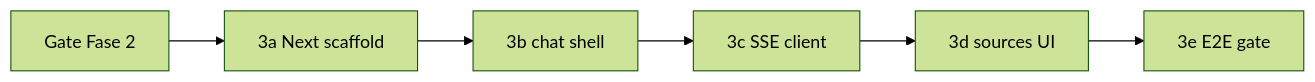
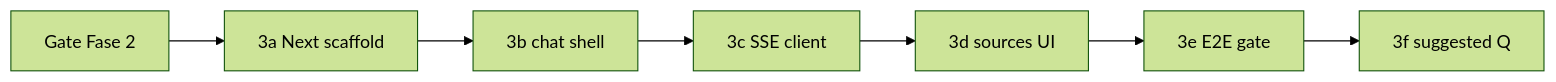
One commit to agus-chaud/RAG-libro-agentes changed the fourth of 4 diagrams in .cursor/plans/rag-libro_roadmap_54a386f9.plan.md. Above: the diagram before and after it, drawn with Mermaid (forest theme). The commit also changed other lines of this file and 8 other files, not shown here.

````diff
--- a/.cursor/plans/rag-libro_roadmap_54a386f9.plan.md
+++ b/.cursor/plans/rag-libro_roadmap_54a386f9.plan.md
@@ -314,8 +323,9 @@
 ```mermaid
 flowchart LR
     f2f[Gate Fase 2] --> f3a[3a Next scaffold]
     f3a --> f3b[3b chat shell]
     f3b --> f3c[3c SSE client]
     f3c --> f3d[3d sources UI]
     f3d --> f3e[3e E2E gate]
+    f3e --> f3f[3f suggested Q]
 ```
````
